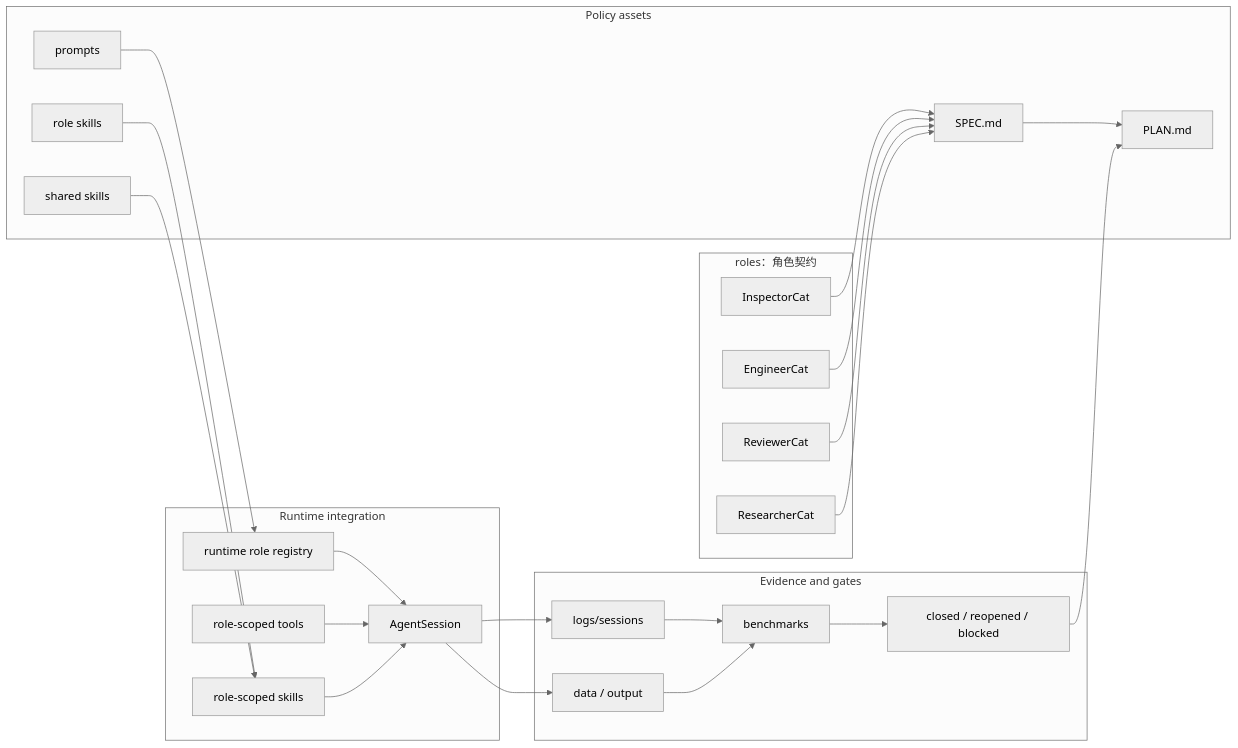
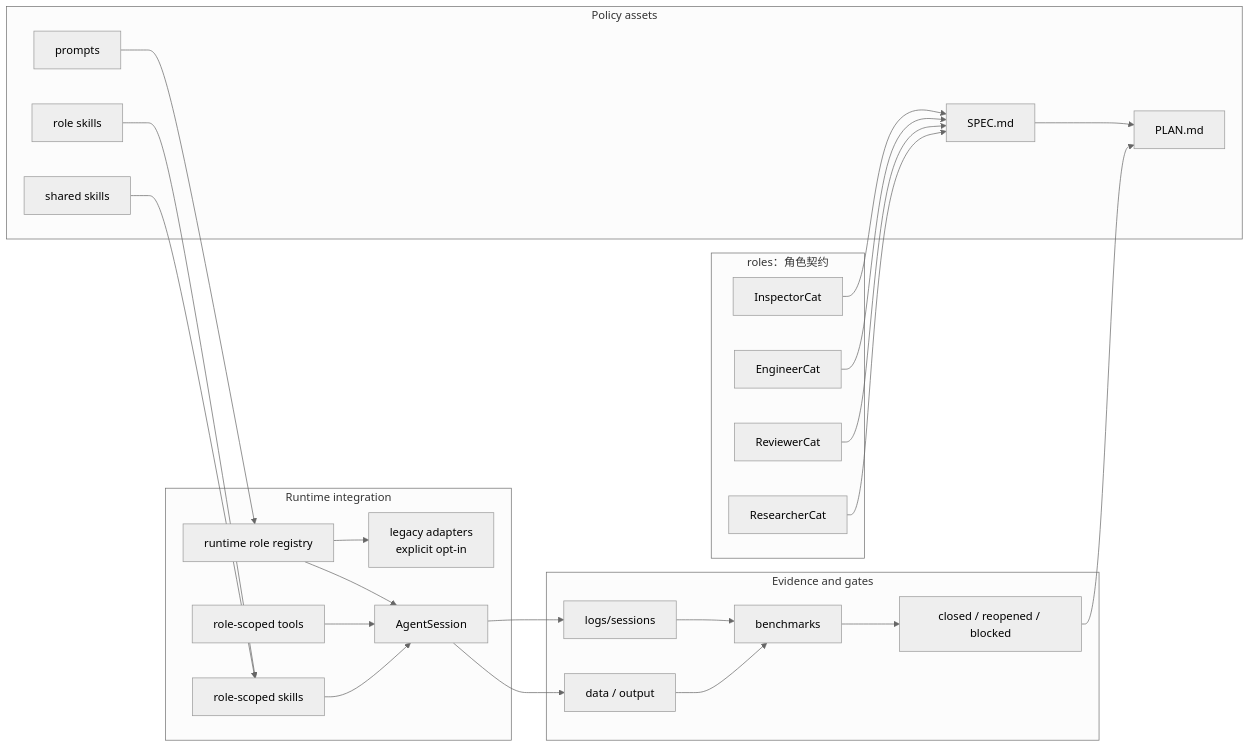
One commit to fightheyyy/XiaoBa-CLI changed the second of 2 diagrams in roles/SPEC.md. Above: the diagram before and after it, drawn with Mermaid (neutral theme). The commit also changed other lines of this file and 13 other files, not shown here.

````diff
--- a/roles/SPEC.md
+++ b/roles/SPEC.md
@@ -95,49 +100,51 @@
 ```mermaid
 flowchart LR
     subgraph Roles["roles：角色契约"]
         Inspector["InspectorCat"]
         Engineer["EngineerCat"]
         Reviewer["ReviewerCat"]
         Researcher["ResearcherCat"]
     end
 
     subgraph Policies["Policy assets"]
         Specs["SPEC.md"]
         Plans["PLAN.md"]
         Prompts["prompts"]
         RoleSkills["role skills"]
         SharedSkills["shared skills"]
     end
 
     subgraph Runtime["Runtime integration"]
         Registry["runtime role registry"]
         ToolPolicy["role-scoped tools"]
         SkillPolicy["role-scoped skills"]
+        LegacyAdapters["legacy adapters<br/>explicit opt-in"]
         Sessions["AgentSession"]
     end
 
     subgraph Evidence["Evidence and gates"]
         Logs["logs/sessions"]
         Artifacts["data / output"]
         Benchmarks["benchmarks"]
         Decisions["closed / reopened / blocked"]
     end
 
     Inspector --> Specs
     Engineer --> Specs
     Reviewer --> Specs
     Researcher --> Specs
     Specs --> Plans
     Prompts --> Registry
     RoleSkills --> SkillPolicy
     SharedSkills --> SkillPolicy
     Registry --> Sessions
+    Registry --> LegacyAdapters
     ToolPolicy --> Sessions
     SkillPolicy --> Sessions
     Sessions --> Logs
     Sessions --> Artifacts
     Logs --> Benchmarks
     Artifacts --> Benchmarks
     Benchmarks --> Decisions
     Decisions --> Plans
 ```
````
